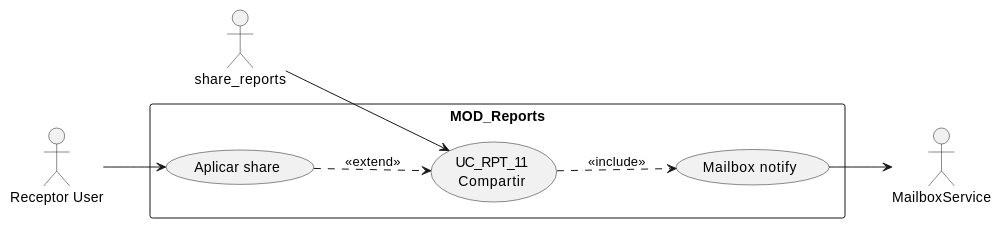
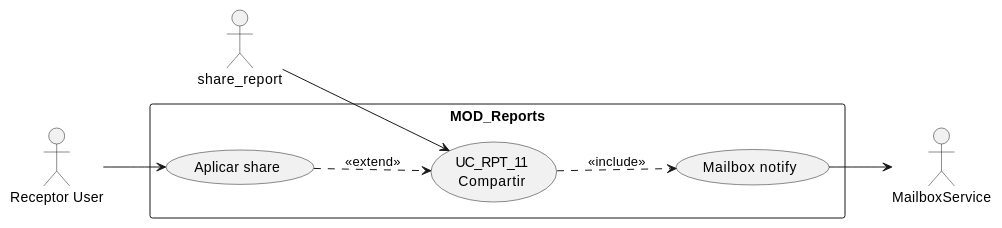
The first of 4 diagrams in source/requisitos/casos-uso/reports/uc-rpt-11/diagramas-uml.rst (jcg-admin/IACT-docs), drawn with PlantUML before and after one commit. The commit also changed other lines of this file and 157 other files, not shown here.

First line of the commit message:
Enforce catalog function names across all diagrams

```diff
--- a/source/requisitos/casos-uso/reports/uc-rpt-11/diagramas-uml.rst
+++ b/source/requisitos/casos-uso/reports/uc-rpt-11/diagramas-uml.rst
@@ -10,20 +10,20 @@
 .. uml::
 
  @startuml
  left to right direction
- actor "share_reports" as O
+ actor "share_report" as O
  actor "Receptor User" as R
  actor "MailboxService" as MB
 
  rectangle "MOD_Reports" {
    usecase "UC_RPT_11\nCompartir" as UC11
    usecase "Aplicar share" as APP
    usecase "Mailbox notify" as N
  }
 
  O --> UC11
  UC11 ..> N : <<include>>
  N --> MB
  R --> APP
  APP ..> UC11 : <<extend>>
  @enduml
```
